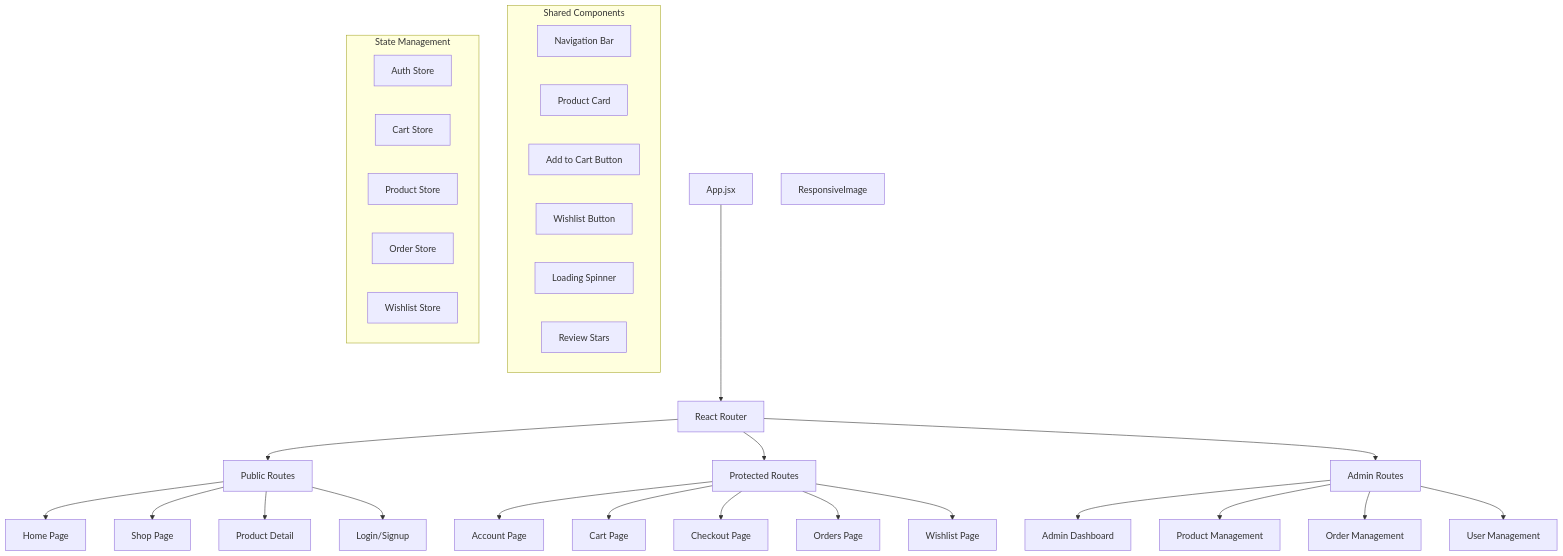
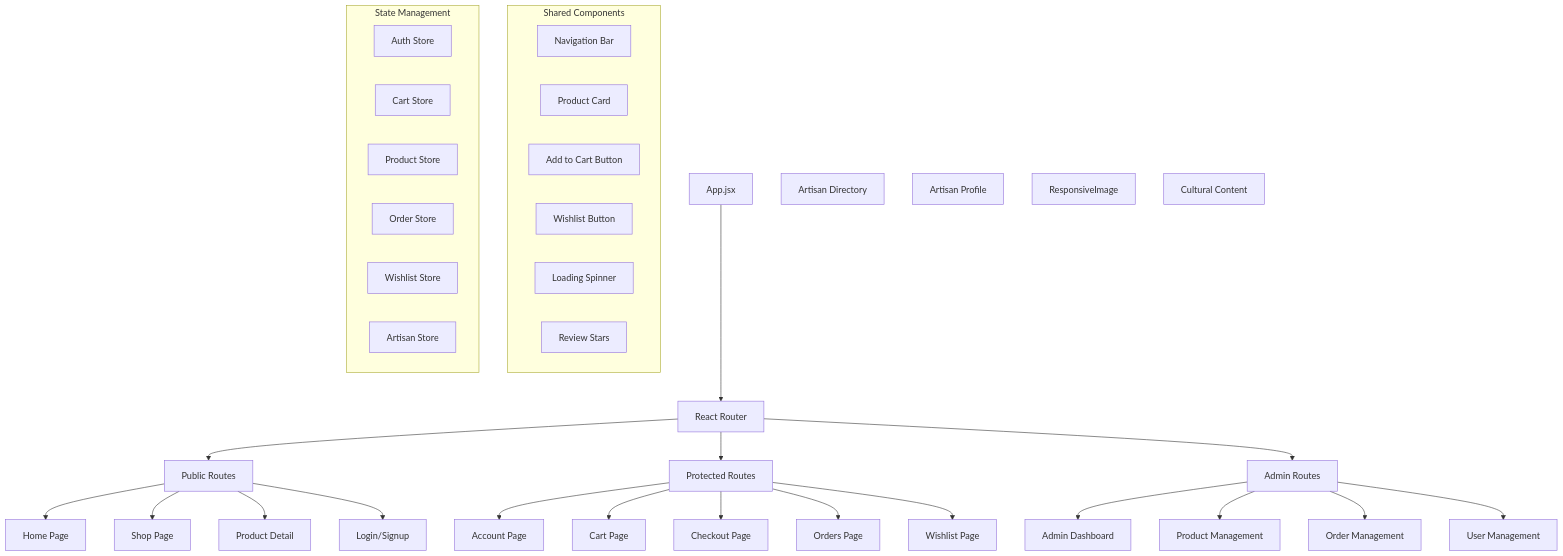
The tenth of 14 diagrams in ARCHITECTURE_DIAGRAMS.md (anathema43/diamo), drawn with Mermaid before and after one commit. The commit also changed 2 other files, not shown here.

````diff
--- a/ARCHITECTURE_DIAGRAMS.md
+++ b/ARCHITECTURE_DIAGRAMS.md
@@ -387,42 +387,47 @@
 ```mermaid
 graph TD
     App[App.jsx] --> Router[React Router]
     
     Router --> PublicRoutes[Public Routes]
     Router --> ProtectedRoutes[Protected Routes]
     Router --> AdminRoutes[Admin Routes]
     
     PublicRoutes --> Home[Home Page]
     PublicRoutes --> Shop[Shop Page]
     PublicRoutes --> ProductDetail[Product Detail]
     PublicRoutes --> Login[Login/Signup]
     
     ProtectedRoutes --> Account[Account Page]
     ProtectedRoutes --> Cart[Cart Page]
     ProtectedRoutes --> Checkout[Checkout Page]
     ProtectedRoutes --> Orders[Orders Page]
     ProtectedRoutes --> Wishlist[Wishlist Page]
     
     AdminRoutes --> AdminDashboard[Admin Dashboard]
     AdminRoutes --> ProductManagement[Product Management]
     AdminRoutes --> OrderManagement[Order Management]
+        P[Artisan Directory]
+        Q[Artisan Profile]
     AdminRoutes --> UserManagement[User Management]
     
     subgraph "Shared Components"
         Navbar[Navigation Bar]
         ProductCard[Product Card]
         AddToCartButton[Add to Cart Button]
         WishlistButton[Wishlist Button]
         LoadingSpinner[Loading Spinner]
         ReviewStars[Review Stars]
     end
+        W[ArtisanCard]
+        X[Cultural Content]
         W[ResponsiveImage]
     
     subgraph "State Management"
         AuthStore[Auth Store]
         CartStore[Cart Store]
         ProductStore[Product Store]
         OrderStore[Order Store]
         WishlistStore[Wishlist Store]
+        CC[Artisan Store]
     end
 ```
````
